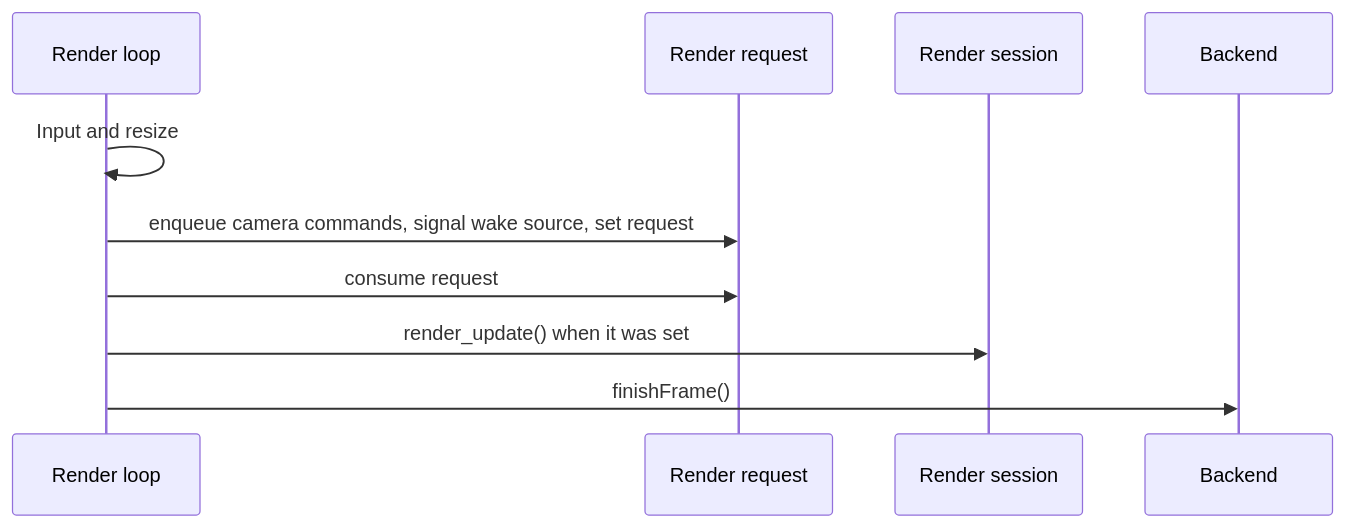
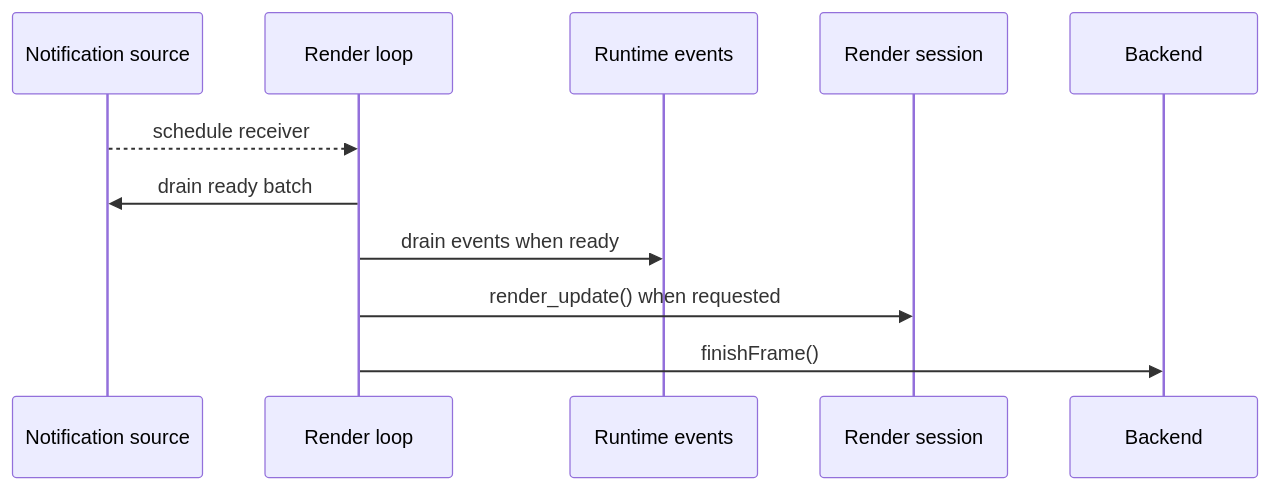
Before and after one commit to maplibre/maplibre-native-ffi: the second of 3 diagrams in docs/src/content/docs/development/map-example-specification.md, drawn with Mermaid. The commit also changed other lines of this file and 500 other files, not shown here.

````diff
--- a/docs/src/content/docs/development/map-example-specification.md
+++ b/docs/src/content/docs/development/map-example-specification.md
@@ -393,13 +354,14 @@
 ```mermaid
 sequenceDiagram
+  participant N as Notification source
   participant RL as Render loop
-  participant RQ as Render request
+  participant RT as Runtime events
   participant RS as Render session
   participant BE as Backend
 
-  RL->>RL: Input and resize
-  RL->>RQ: enqueue camera commands, signal wake source, set request
-  RL->>RQ: consume request
-  RL->>RS: render_update() when it was set
+  N-->>RL: schedule receiver
+  RL->>N: drain ready batch
+  RL->>RT: drain events when ready
+  RL->>RS: render_update() when requested
   RL->>BE: finishFrame()
 ```
````
